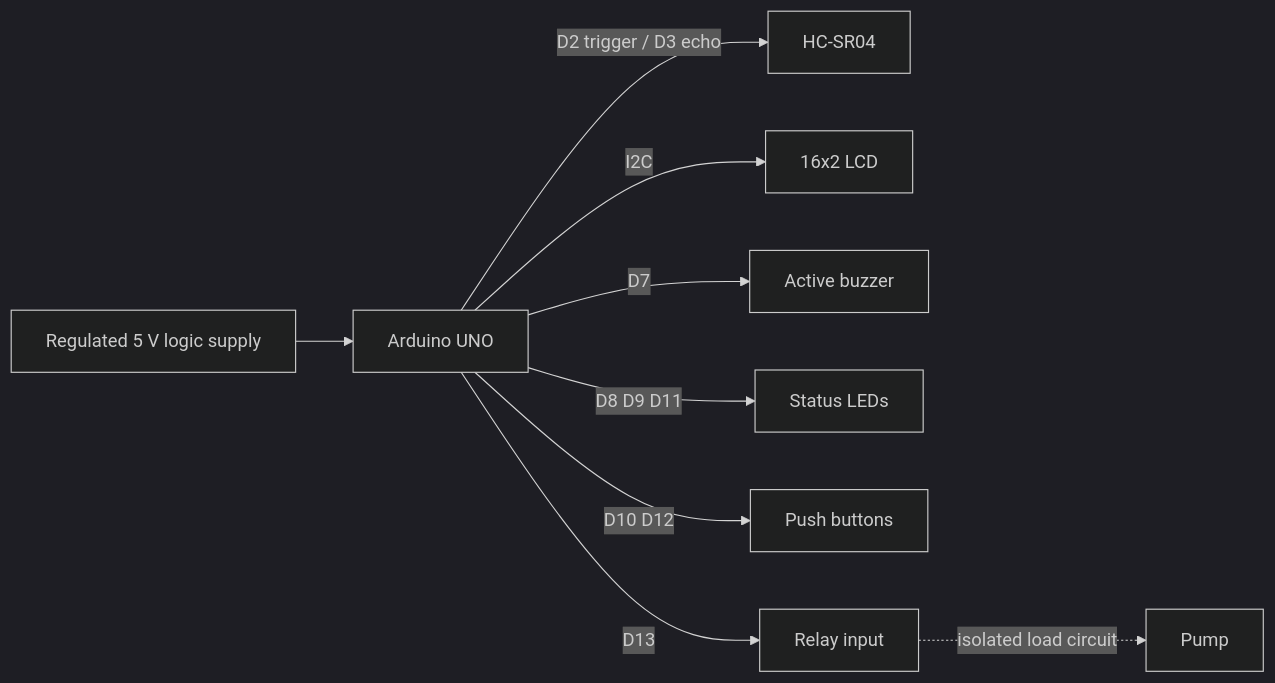
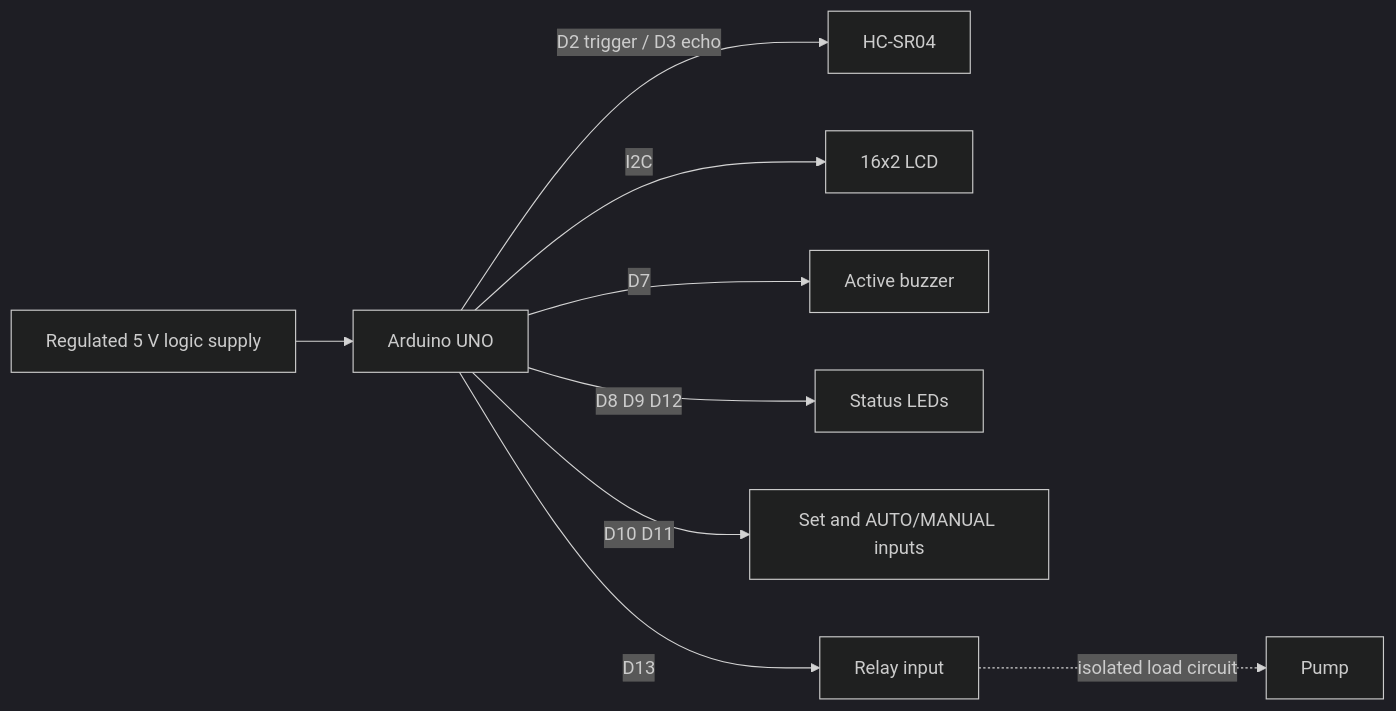
Before and after one commit to Rupakrc9776/Smart-home-Water-Tank-Monitoring-and-Automatic-Control-System-with-Statistical-Analysis-: the second of 5 diagrams in Documentation/Architecture.md, drawn with Mermaid (dark theme). The commit also changed 8 other files, not shown here.

````diff
--- a/Documentation/Architecture.md
+++ b/Documentation/Architecture.md
@@ -21,11 +21,11 @@
 ```mermaid
 flowchart LR
     V5[Regulated 5 V logic supply] --> UNO[Arduino UNO]
     UNO -->|D2 trigger / D3 echo| HCSR04[HC-SR04]
     UNO -->|I2C| LCD[16x2 LCD]
     UNO -->|D7| Buzzer[Active buzzer]
-    UNO -->|D8 D9 D11| LEDs[Status LEDs]
-    UNO -->|D10 D12| Buttons[Push buttons]
+    UNO -->|D8 D9 D12| LEDs[Status LEDs]
+    UNO -->|D10 D11| Buttons[Set and AUTO/MANUAL inputs]
     UNO -->|D13| Relay[Relay input]
     Relay -. isolated load circuit .-> Pump[Pump]
 ```
````
